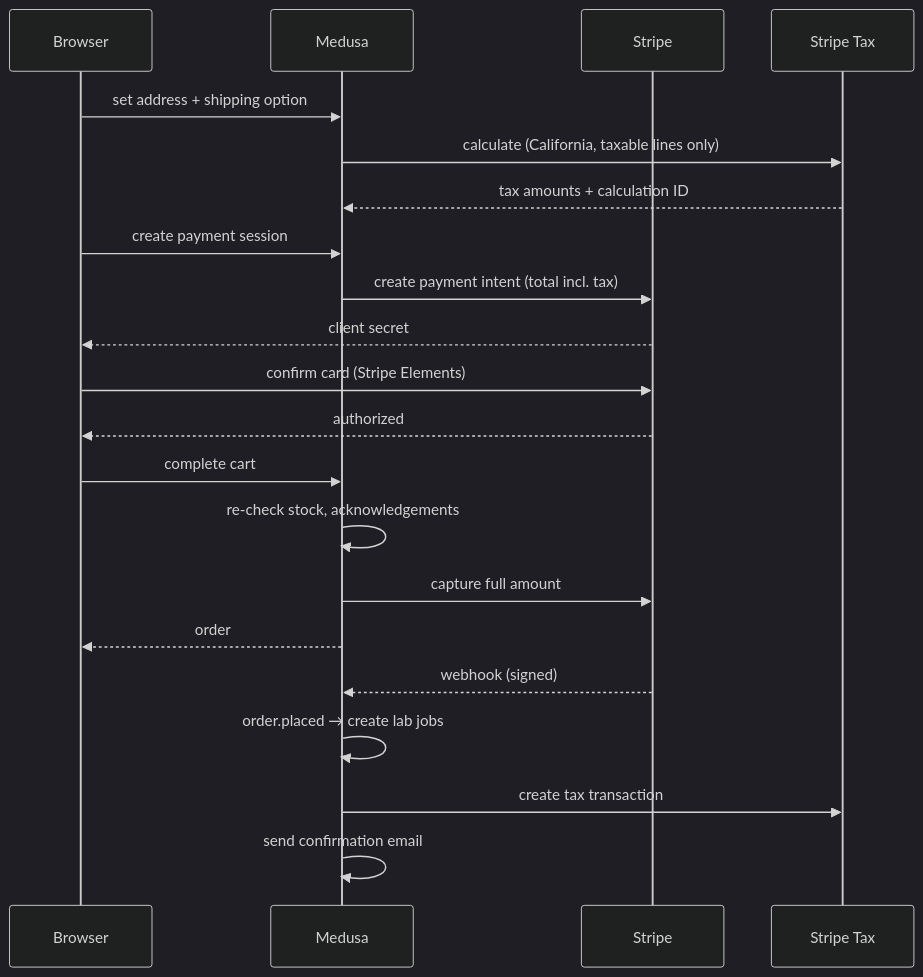
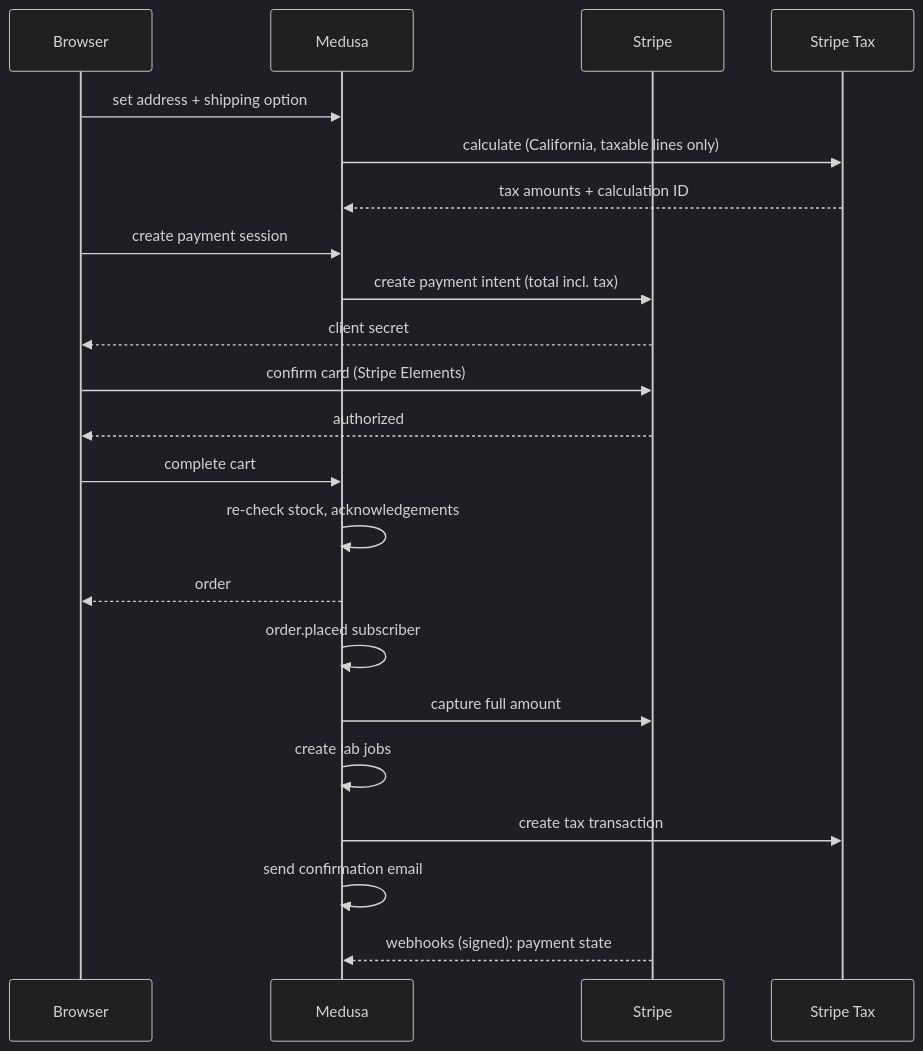
One commit to jocuri0427/DonFiel changed the seventh of 7 diagrams in project_scope.md. Above: the diagram before and after it, drawn with Mermaid (dark theme). The commit also changed other lines of this file, not shown here.

````diff
--- a/project_scope.md
+++ b/project_scope.md
@@ -1179,23 +1205,24 @@
 ```mermaid
 sequenceDiagram
     participant B as Browser
     participant M as Medusa
     participant S as Stripe
     participant T as Stripe Tax
     B->>M: set address + shipping option
     M->>T: calculate (California, taxable lines only)
     T-->>M: tax amounts + calculation ID
     B->>M: create payment session
     M->>S: create payment intent (total incl. tax)
     S-->>B: client secret
     B->>S: confirm card (Stripe Elements)
     S-->>B: authorized
     B->>M: complete cart
     M->>M: re-check stock, acknowledgements
+    M-->>B: order
+    M->>M: order.placed subscriber
     M->>S: capture full amount
-    M-->>B: order
-    S-->>M: webhook (signed)
-    M->>M: order.placed → create lab jobs
+    M->>M: create lab jobs
     M->>T: create tax transaction
     M->>M: send confirmation email
+    S-->>M: webhooks (signed): payment state
 ```
````
